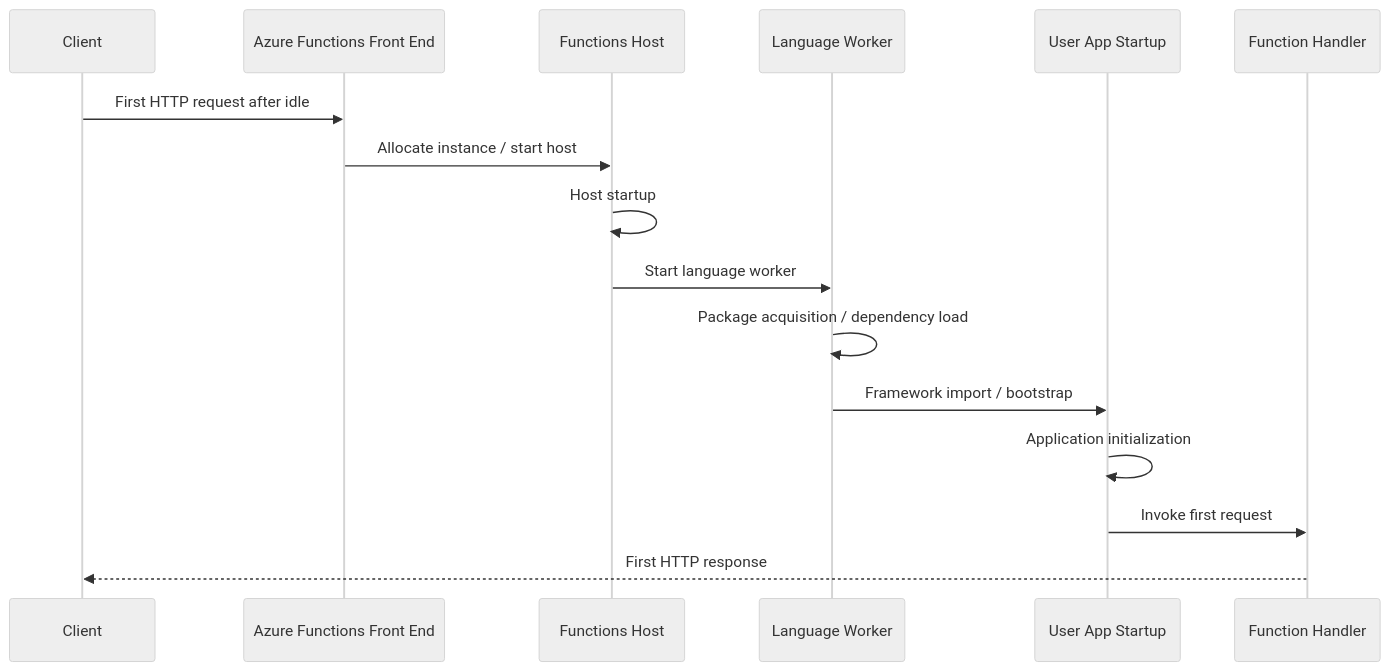
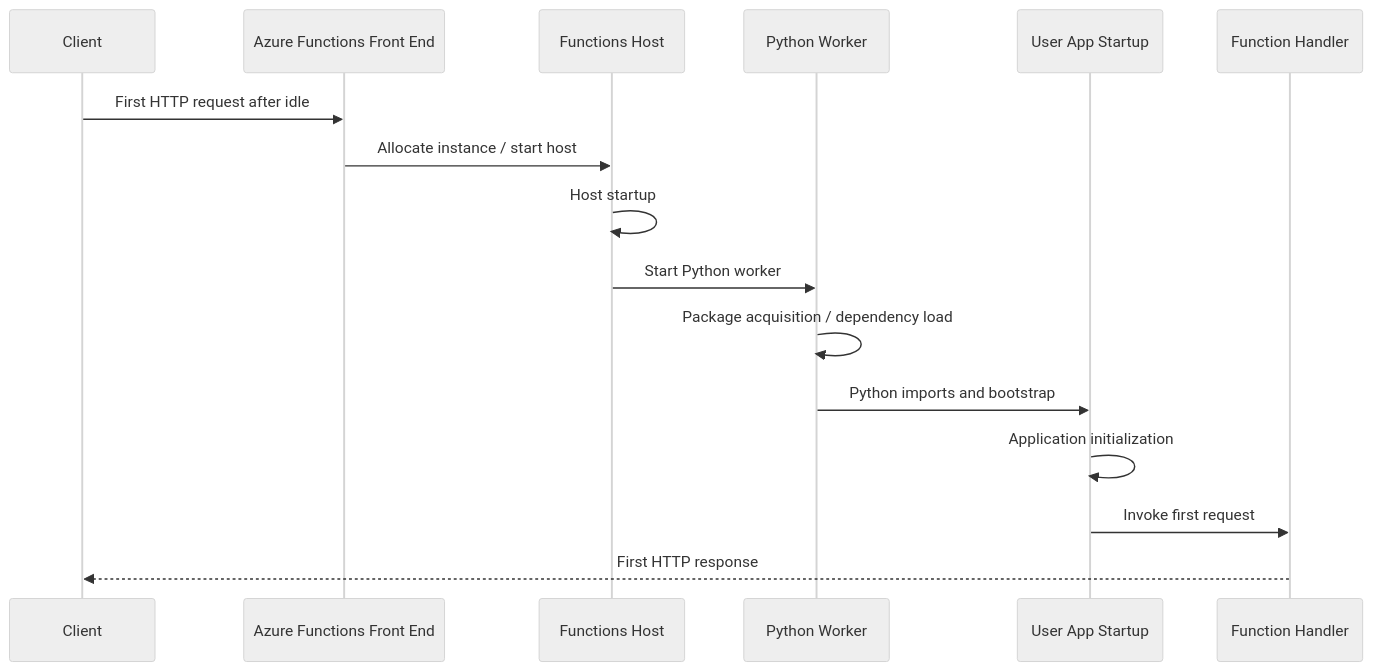
The diagram in docs/functions/cold-start/overview.md (yeongseon/azure-paas-troubleshooting-labs), drawn with Mermaid (neutral theme) before and after one commit. The commit also changed other lines of this file and 40 other files, not shown here.

````diff
--- a/docs/functions/cold-start/overview.md
+++ b/docs/functions/cold-start/overview.md
@@ -249,19 +570,19 @@
 ```mermaid
 sequenceDiagram
     participant Client
     participant FrontEnd as Azure Functions Front End
     participant Host as Functions Host
-    participant Worker as Language Worker
+    participant Worker as Python Worker
     participant App as User App Startup
     participant Handler as Function Handler
 
     Client->>FrontEnd: First HTTP request after idle
     FrontEnd->>Host: Allocate instance / start host
     Host->>Host: Host startup
-    Host->>Worker: Start language worker
+    Host->>Worker: Start Python worker
     Worker->>Worker: Package acquisition / dependency load
-    Worker->>App: Framework import / bootstrap
+    Worker->>App: Python imports and bootstrap
     App->>App: Application initialization
     App->>Handler: Invoke first request
     Handler-->>Client: First HTTP response
 ```
````
